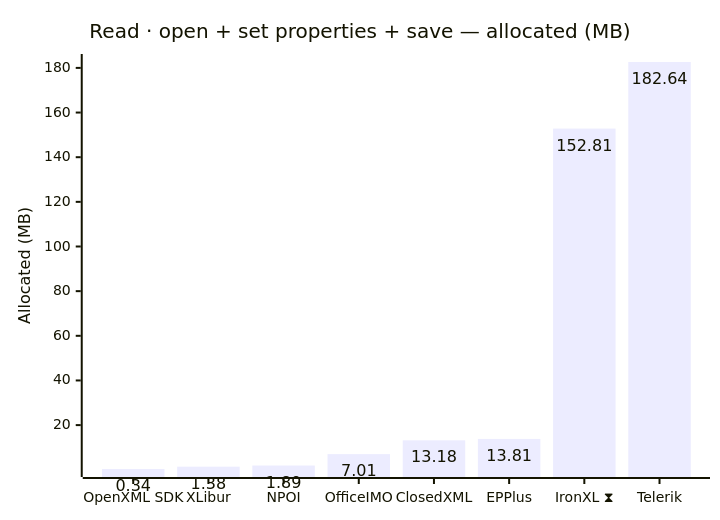
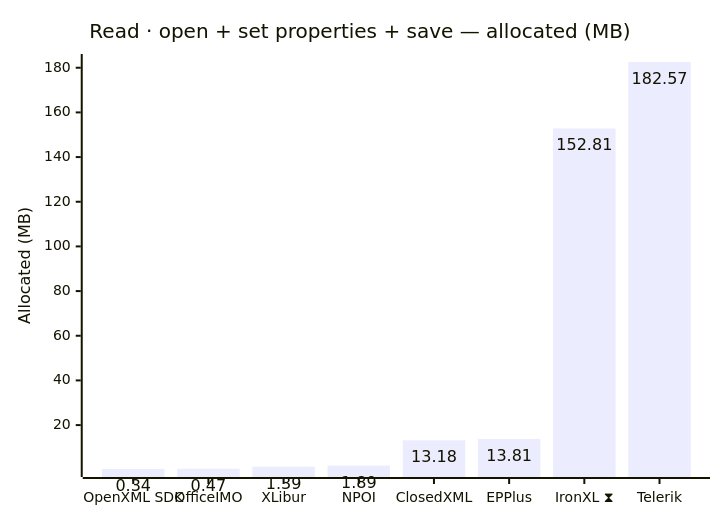
One commit to jafin/XLBench changed the second of 18 diagrams in docs/results.md. Above: the diagram before and after it, drawn with Mermaid. The commit also changed other lines of this file and 2 other files, not shown here.

First line of the commit message:
Publish full-fidelity results for OfficeIMO 3.6.2, MiniExcel 2.0.0, XLibur 0.900.0, EPPlus 8.7.3 and Telerik 2026.4.1127

````diff
--- a/docs/results.md
+++ b/docs/results.md
@@ -55,12 +55,12 @@
 ```mermaid
 ---
 config:
   xyChart:
     showDataLabel: true
 ---
 xychart-beta
     title "Read · open + set properties + save — allocated (MB)"
-    x-axis ["OpenXML SDK", "XLibur", "NPOI", "OfficeIMO", "ClosedXML", "EPPlus", "IronXL ⧗", "Telerik"]
+    x-axis ["OpenXML SDK", "OfficeIMO", "XLibur", "NPOI", "ClosedXML", "EPPlus", "IronXL ⧗", "Telerik"]
     y-axis "Allocated (MB)"
-    bar [0.34, 1.38, 1.89, 7.01, 13.18, 13.81, 152.81, 182.64]
+    bar [0.34, 0.47, 1.39, 1.89, 13.18, 13.81, 152.81, 182.57]
 ```
````
